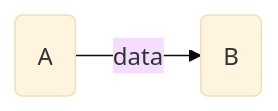
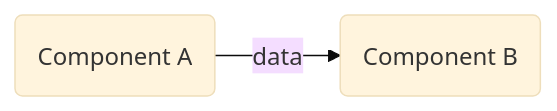
The diagram in README.md (plugboard-dev/plugboard), drawn with Mermaid (base theme) before and after one commit.

Commit message:
More verbose

````diff
--- a/README.md
+++ b/README.md
@@ -113,4 +113,4 @@
 ```mermaid
 graph LR;
-    A(A)-->|data|B(B);
+    A(Component A)-->|data|B(Component B);
 ```
````
